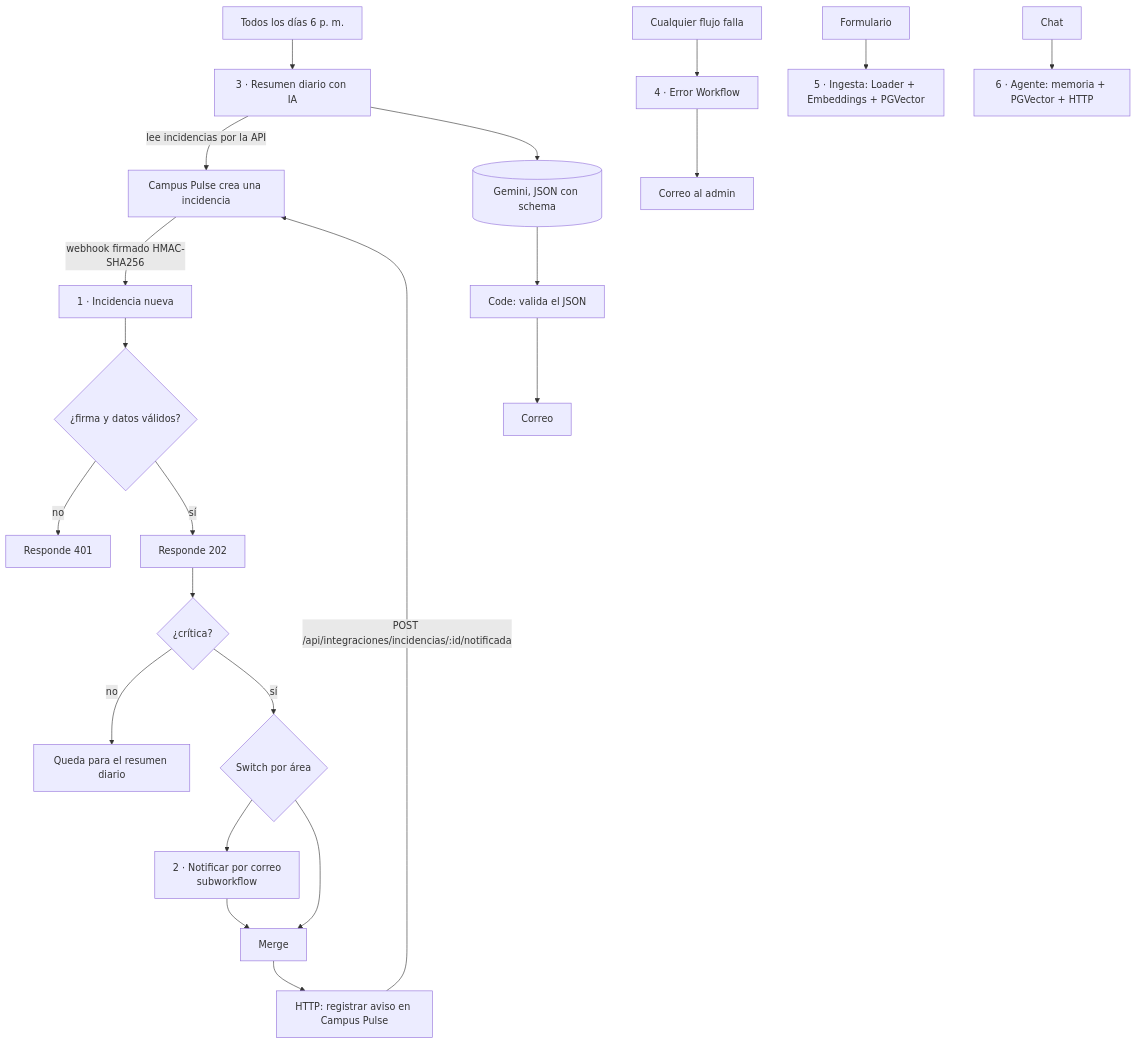
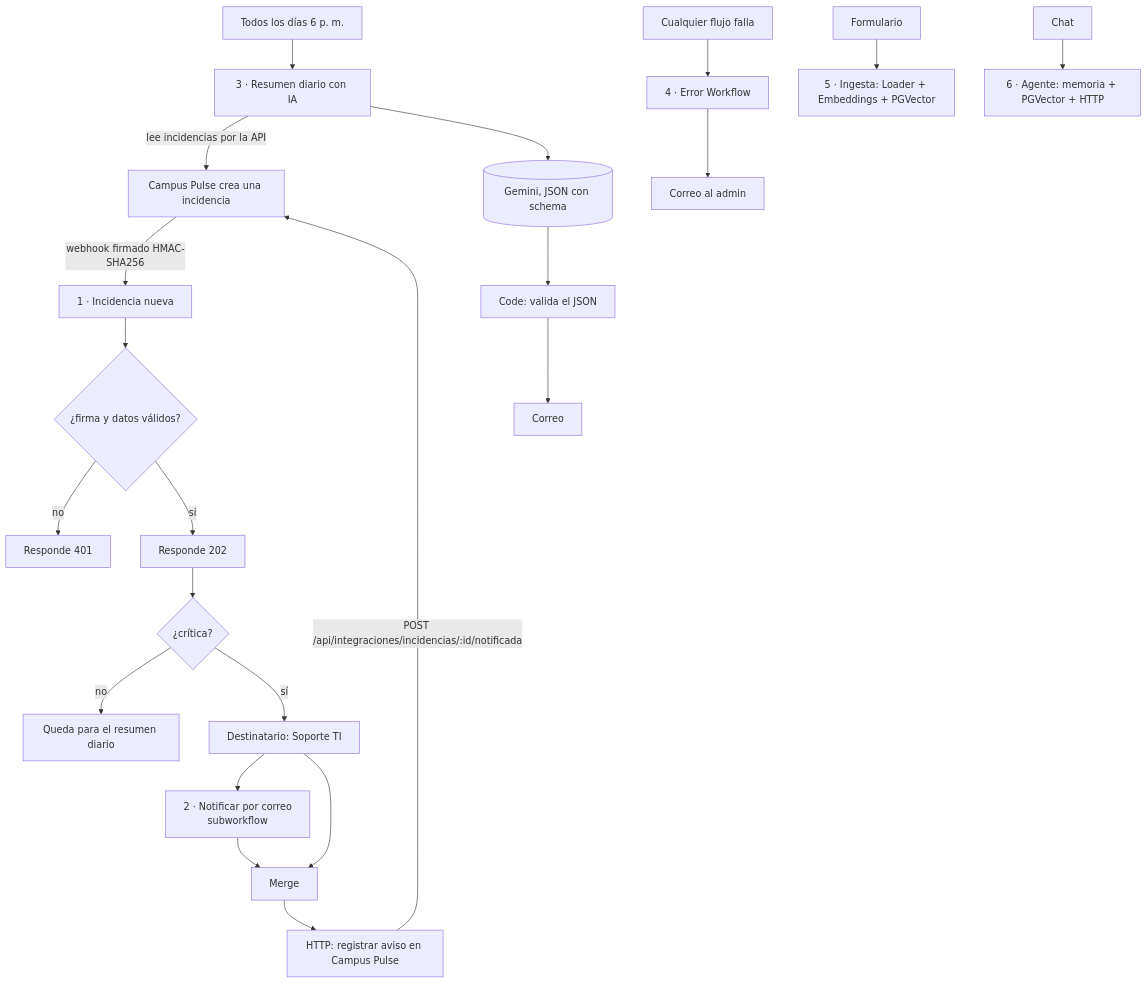
One commit to sebastianace/CampusPulse_VladimirAcelas changed the diagram in docs/workflows.md. Above: the diagram before and after it, drawn with Mermaid. The commit also changed other lines of this file and 25 other files, not shown here.

First line of the commit message:
feat(incidencias): toda incidencia va a Soporte TI y el área deja de elegirse

````diff
--- a/docs/workflows.md
+++ b/docs/workflows.md
@@ -30,20 +35,20 @@
 ```mermaid
 flowchart TD
     C[Campus Pulse crea una incidencia] -->|webhook firmado HMAC-SHA256| W[1 · Incidencia nueva]
     W --> V{¿firma y datos válidos?}
     V -- no --> R401[Responde 401]
     V -- sí --> R202[Responde 202] --> K{¿crítica?}
     K -- no --> D[Queda para el resumen diario]
-    K -- sí --> S{Switch por área}
+    K -- sí --> S[Destinatario: Soporte TI]
     S --> SUB[2 · Notificar por correo<br/>subworkflow]
     S --> M
     SUB --> M[Merge]
     M --> H[HTTP: registrar aviso en Campus Pulse]
     H -->|POST /api/integraciones/incidencias/:id/notificada| C
     T[Todos los días 6 p. m.] --> RD[3 · Resumen diario con IA]
     RD -->|lee incidencias por la API| C
     RD --> G[(Gemini, JSON con schema)] --> VAL[Code: valida el JSON] --> MAIL[Correo]
     ERR[Cualquier flujo falla] --> EW[4 · Error Workflow] --> MAIL2[Correo al admin]
     F[Formulario] --> ING[5 · Ingesta: Loader + Embeddings + PGVector]
     CH[Chat] --> AG[6 · Agente: memoria + PGVector + HTTP]
 ```
````
